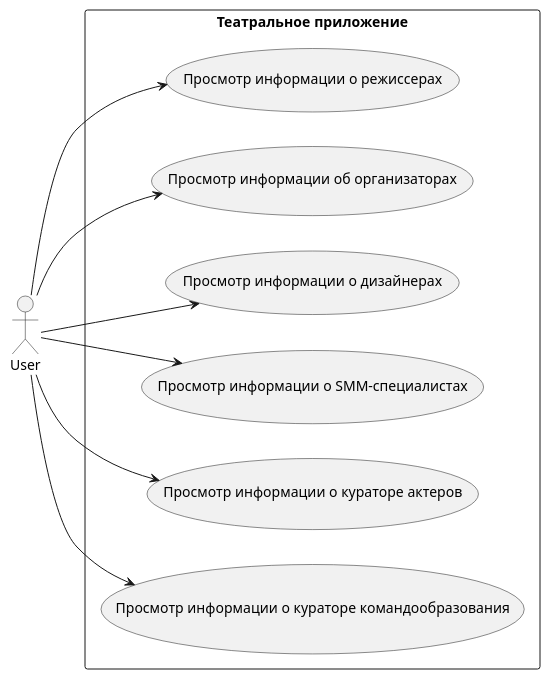
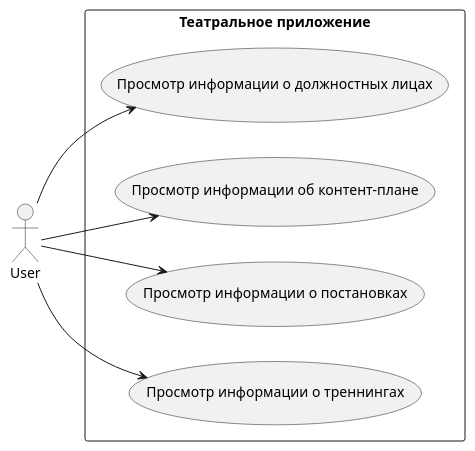
Before and after one commit to sinseiwas/PROspekt_bot: the diagram in docs/diagrams/information.puml, drawn with PlantUML. The commit also changed 2 other files, not shown here.

Commit message:
edited diagrams, readme

```diff
--- a/docs/diagrams/information.puml
+++ b/docs/diagrams/information.puml
@@ -1,18 +1,14 @@
 @startuml
 left to right direction
 actor User as U
 rectangle "Театральное приложение" {
-    usecase "Просмотр информации о режиссерах" as A
-    usecase "Просмотр информации об организаторах" as B
-    usecase "Просмотр информации о дизайнерах" as C
-    usecase "Просмотр информации о SMM-специалистах" as D
-    usecase "Просмотр информации о кураторе актеров" as E
-    usecase "Просмотр информации о кураторе командообразования" as F
+    usecase "Просмотр информации о должностных лицах" as A
+    usecase "Просмотр информации об контент-плане" as B
+    usecase "Просмотр информации о постановках" as C
+    usecase "Просмотр информации о треннингах" as D
     U --> (A)
     U --> (B)
     U --> (C)
     U --> (D)
-    U --> (E)
-    U --> (F)
 }
 @enduml
```
